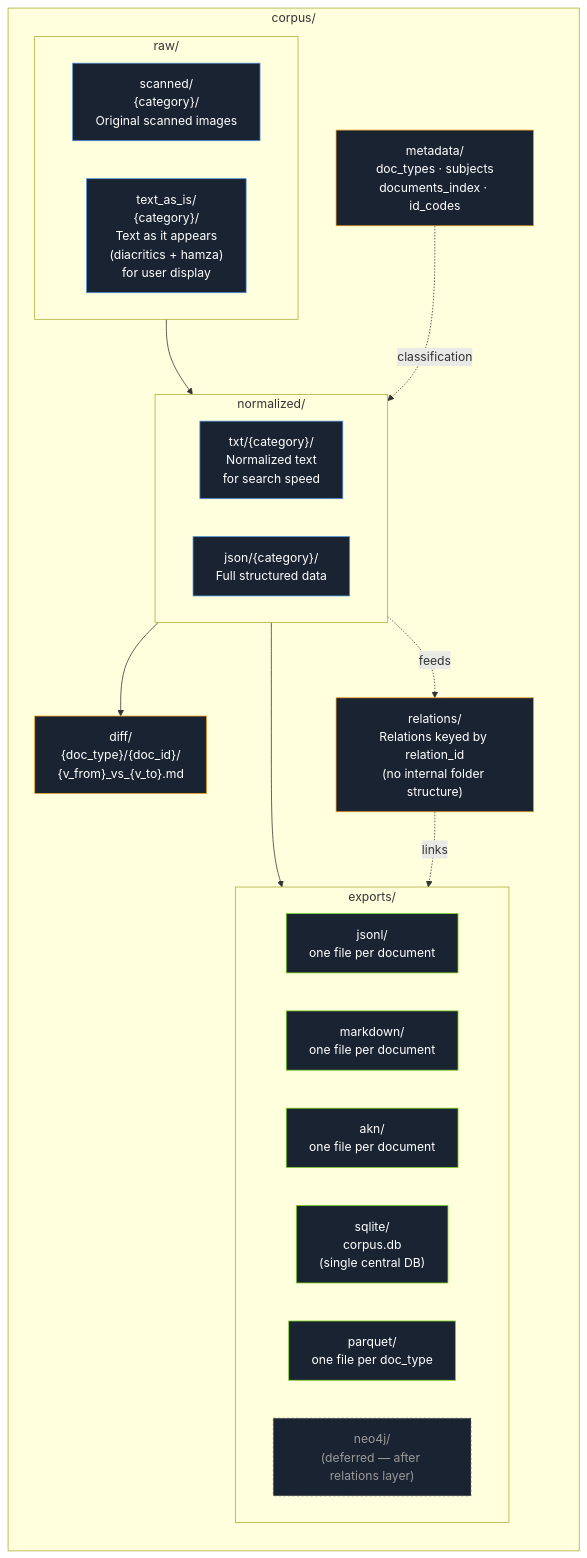
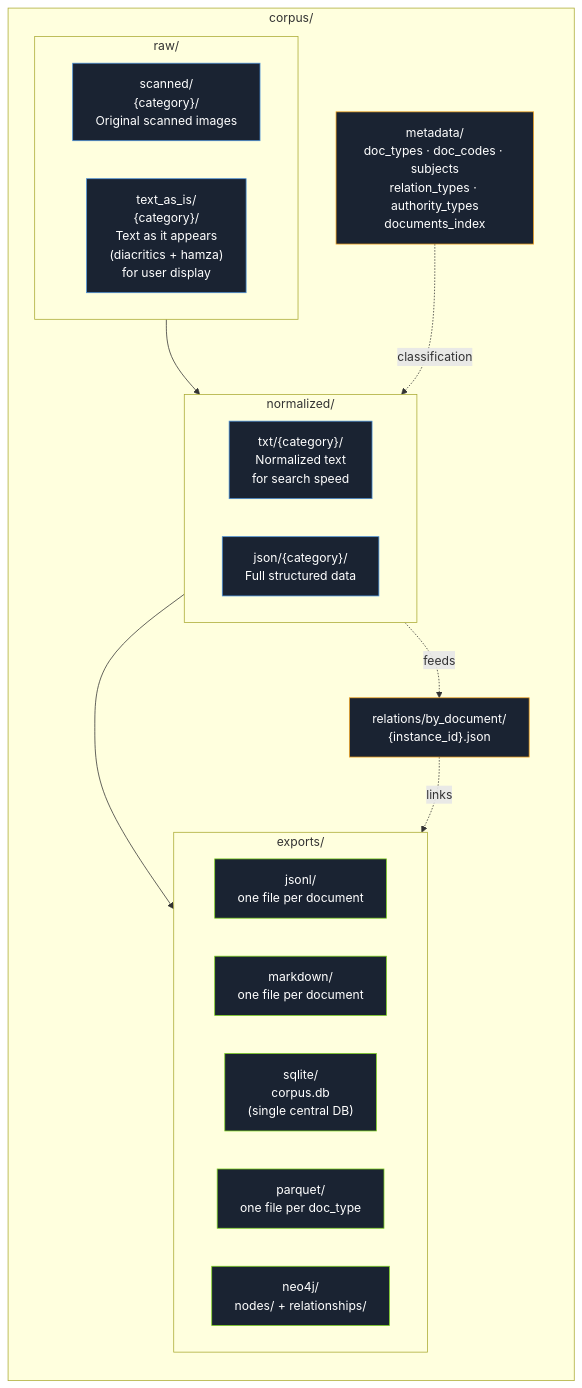
Before and after one commit to heshammalek/ELKM-Egyptian-Legal-Knowledge-Model: the third of 4 diagrams in README.md, drawn with Mermaid. The commit also changed other lines of this file, not shown here.

````diff
--- a/README.md
+++ b/README.md
@@ -280,53 +287,48 @@
 ```mermaid
 flowchart TB
     subgraph corpus ["corpus/"]
         direction TB
 
         subgraph raw ["raw/"]
             direction LR
             scanned["scanned/<br/>{category}/<br/>Original scanned images"]
             tai["text_as_is/<br/>{category}/<br/>Text as it appears<br/>(diacritics + hamza)<br/>for user display"]
         end
 
         subgraph normalized ["normalized/"]
             direction LR
             ntxt["txt/{category}/<br/>Normalized text<br/>for search speed"]
             njson["json/{category}/<br/>Full structured data"]
         end
 
-        metadata["metadata/<br/>doc_types · subjects<br/>documents_index · id_codes"]
-        relations["relations/<br/>Relations keyed by relation_id<br/>(no internal folder structure)"]
-        diff["diff/<br/>{doc_type}/{doc_id}/<br/>{v_from}_vs_{v_to}.md"]
+        metadata["metadata/<br/>doc_types · doc_codes · subjects<br/>relation_types · authority_types<br/>documents_index"]
+        relations["relations/by_document/<br/>{instance_id}.json"]
 
         subgraph exports ["exports/"]
             direction LR
             jsonl["jsonl/<br/>one file per document"]
             md["markdown/<br/>one file per document"]
-            akn["akn/<br/>one file per document"]
             sqlite["sqlite/<br/>corpus.db<br/>(single central DB)"]
             parquet["parquet/<br/>one file per doc_type"]
-            neodb["neo4j/<br/>(deferred — after relations layer)"]
+            neodb["neo4j/<br/>nodes/ + relationships/"]
         end
     end
 
     raw --> normalized
     normalized --> exports
-    normalized --> diff
     metadata -.classification.-> normalized
     normalized -.feeds.-> relations
     relations -.links.-> exports
 
     style scanned fill:#1a2332,stroke:#4a90d9,color:#fff
     style tai fill:#1a2332,stroke:#4a90d9,color:#fff
     style ntxt fill:#1a2332,stroke:#4a90d9,color:#fff
     style njson fill:#1a2332,stroke:#4a90d9,color:#fff
     style metadata fill:#1a2332,stroke:#f5a623,color:#fff
     style relations fill:#1a2332,stroke:#f5a623,color:#fff
-    style diff fill:#1a2332,stroke:#f5a623,color:#fff
     style jsonl fill:#1a2332,stroke:#7ed321,color:#fff
     style md fill:#1a2332,stroke:#7ed321,color:#fff
-    style akn fill:#1a2332,stroke:#7ed321,color:#fff
     style sqlite fill:#1a2332,stroke:#7ed321,color:#fff
     style parquet fill:#1a2332,stroke:#7ed321,color:#fff
-    style neodb fill:#1a2332,stroke:#555,color:#999,stroke-dasharray: 3 3
+    style neodb fill:#1a2332,stroke:#7ed321,color:#fff
 ```
````
